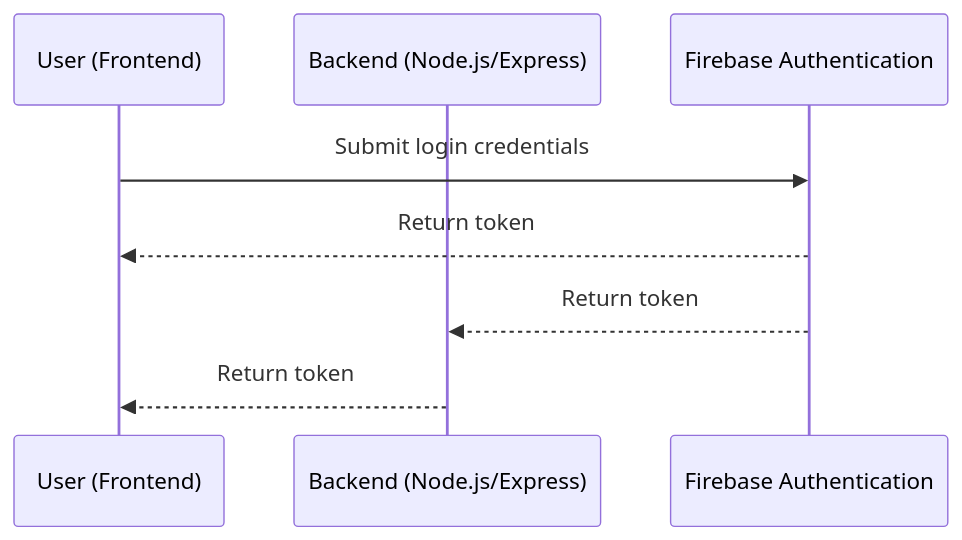
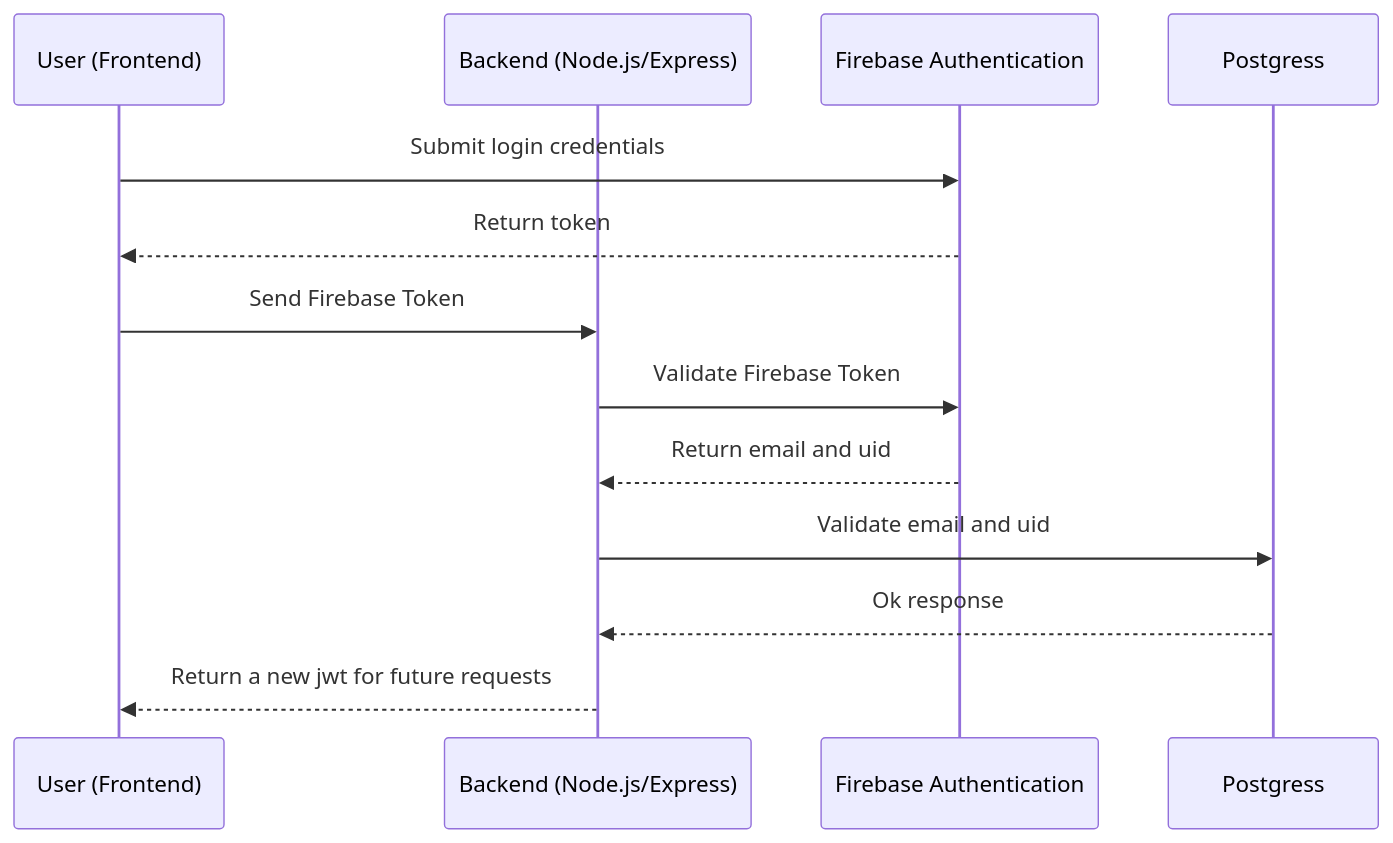
Before and after one commit to ToughKnee/Devops-Backend-MS-User: the first of 3 diagrams in docs/register_auth.md, drawn with Mermaid. The commit also changed 1 other file, not shown here.

Commit message:
refactor: update login sequence diagram and remove obsolete token verification middleware

````diff
--- a/docs/register_auth.md
+++ b/docs/register_auth.md
@@ -7,11 +7,16 @@
 ```mermaid
 sequenceDiagram
     participant User as User (Frontend)
     participant Backend as Backend (Node.js/Express)
     participant Firebase as Firebase Authentication
+    participant Database as Postgress
 
     User->>Firebase: Submit login credentials
     Firebase-->>User: Return token
-    Firebase-->>Backend: Return token
-    Backend-->>User: Return token
+    User->>Backend: Send Firebase Token
+    Backend->>Firebase: Validate Firebase Token
+    Firebase-->>Backend: Return email and uid
+    Backend->>Database: Validate email and uid
+    Database-->>Backend: Ok response
+    Backend-->>User: Return a new jwt for future requests
 ```
````
